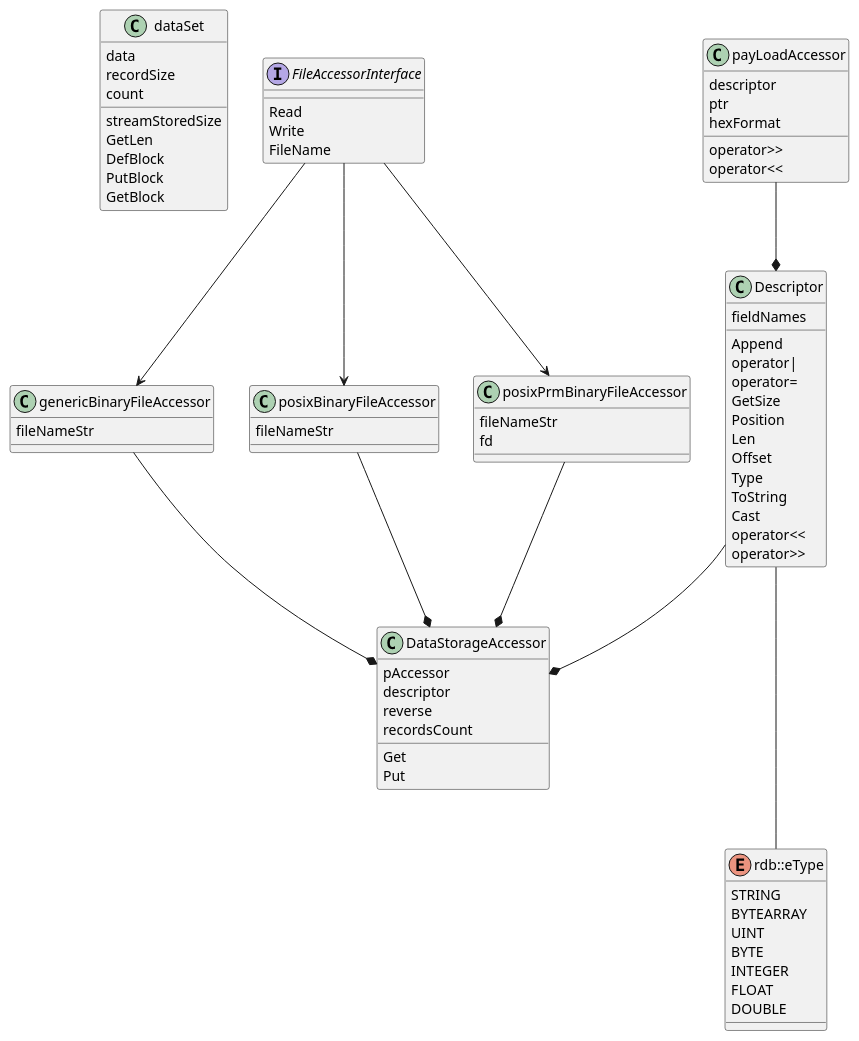
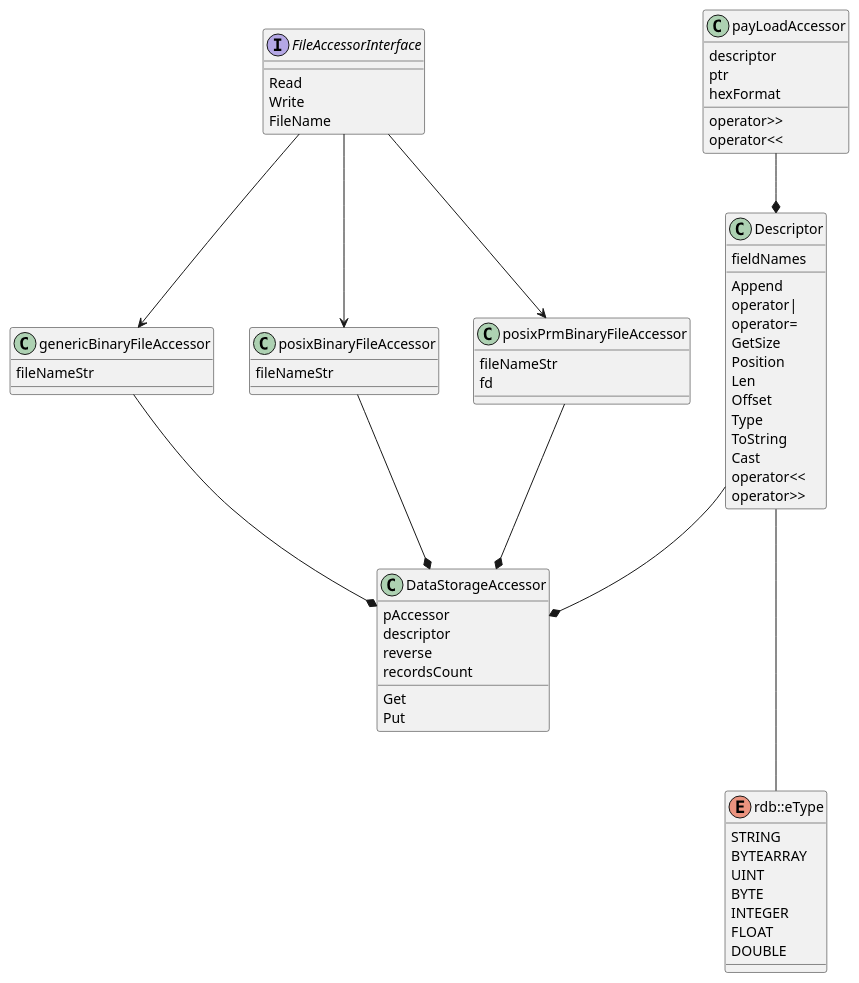
Before and after one commit to michalwidera/retractordb: the diagram in src/include/rdb/UML/rdb.puml, drawn with PlantUML. The commit also changed 5 other files, not shown here.

```diff
--- a/src/include/rdb/UML/rdb.puml
+++ b/src/include/rdb/UML/rdb.puml
@@ -1,96 +1,84 @@
 @startuml
-
-class dataSet {
-    {field} data
-    {field} recordSize
-    {field} count
-
-    {method} streamStoredSize
-    {method} GetLen
-    {method} DefBlock
-    {method} PutBlock
-    {method} GetBlock
-}
 
 class Descriptor {
     {field} fieldNames
 
     {method} Append
     {method} operator|
     {method} operator=
     {method} GetSize
     {method} Position
     {method} Len
     {method} Offset
     {method} Type
     {method} ToString
     {method} Cast
     {method} operator<<
     {method} operator>>
 }
 
 class genericBinaryFileAccessor {
     {field} fileNameStr
 }
 
 
 class posixBinaryFileAccessor {
     {field} fileNameStr
 }
 
 class posixPrmBinaryFileAccessor {
     {field} fileNameStr
     {field} fd
 }
 
 
 interface FileAccessorInterface {
     {method} Read
     {method} Write
     {method} FileName
 }
 
 class payLoadAccessor {
     {field} descriptor
     {field} ptr
     {field} hexFormat
 
     {method} operator>>
     {method} operator<<
 }
 
 class DataStorageAccessor {
     {field} pAccessor
     {field} descriptor
     {field} reverse
     {field} recordsCount
 
     {method} Get
     {method} Put
 }
 
 enum rdb::eType {
     STRING
     BYTEARRAY
     UINT
     BYTE
     INTEGER
     FLOAT
     DOUBLE
 }
 
 FileAccessorInterface --> genericBinaryFileAccessor
 FileAccessorInterface --> posixBinaryFileAccessor
 FileAccessorInterface --> posixPrmBinaryFileAccessor
 
 genericBinaryFileAccessor --* DataStorageAccessor
 posixBinaryFileAccessor --* DataStorageAccessor
 posixPrmBinaryFileAccessor --* DataStorageAccessor
 
 Descriptor --* DataStorageAccessor
 
 Descriptor --- rdb::eType
 
 payLoadAccessor --* Descriptor
 
 @enduml
```
